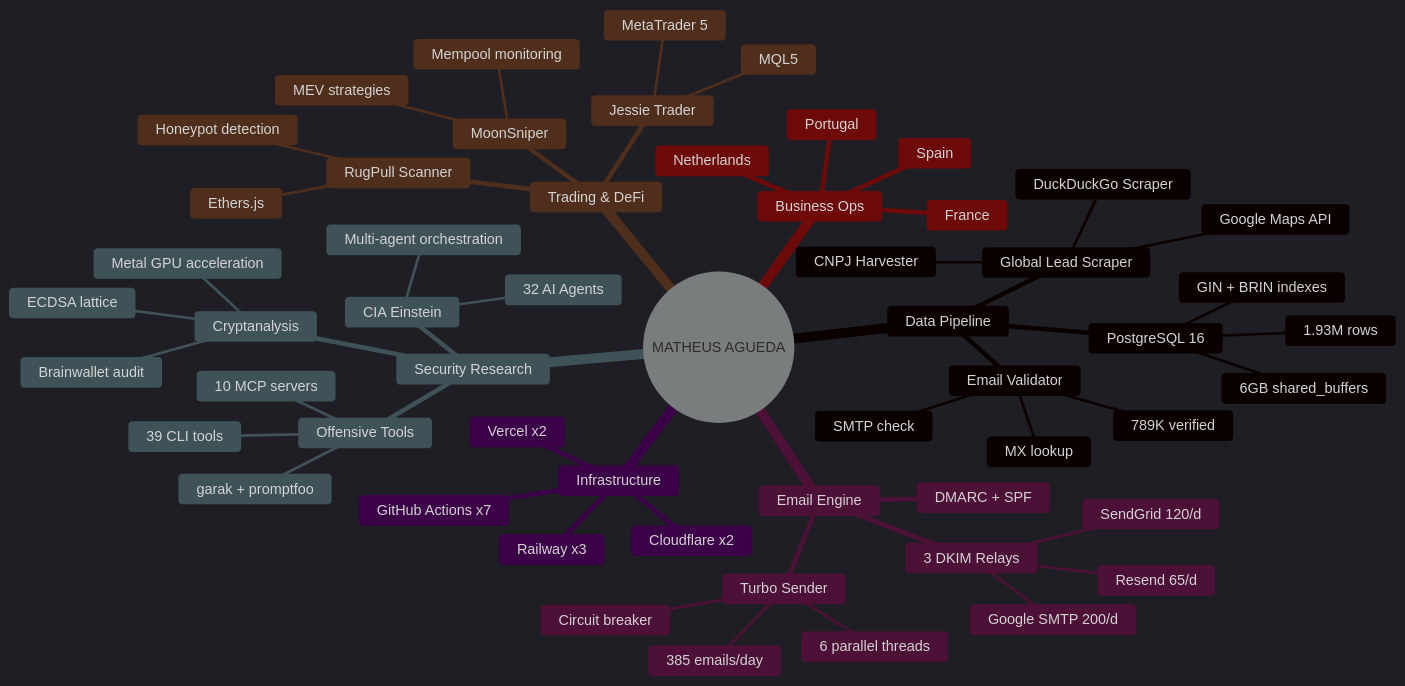
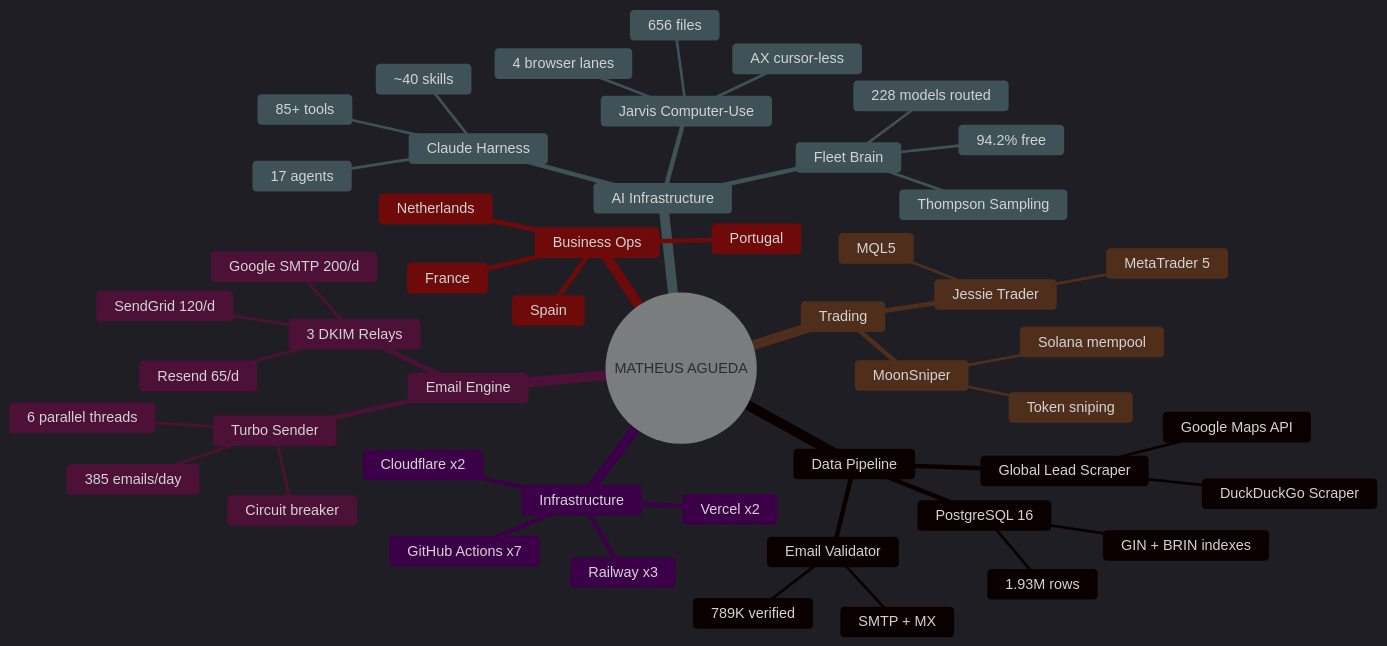
Before and after one commit to MatheusAgueda/MatheusAgueda: diagram 13 of 15 in README.md, drawn with Mermaid. The commit also changed other lines of this file, not shown here.

First line of the commit message:
feat: redesign profile — remove CIA/security, add Fleet Brain, update stats to 2026

````diff
--- a/README.md
+++ b/README.md
@@ -2073,61 +1891,55 @@
 ```mermaid
 %%{init: {'theme': 'dark'}}%%
 
 mindmap
   root((MATHEUS AGUEDA))
     Data Pipeline
       Global Lead Scraper
         Google Maps API
         DuckDuckGo Scraper
-        CNPJ Harvester
       Email Validator
         789K verified
-        SMTP check
-        MX lookup
+        SMTP + MX
       PostgreSQL 16
         1.93M rows
         GIN + BRIN indexes
-        6GB shared_buffers
     Email Engine
       Turbo Sender
         6 parallel threads
         Circuit breaker
         385 emails/day
       3 DKIM Relays
         Resend 65/d
         SendGrid 120/d
         Google SMTP 200/d
-      DMARC + SPF
-    Security Research
-      CIA Einstein
-        32 AI Agents
-        Multi-agent orchestration
-      Cryptanalysis
-        ECDSA lattice
-        Metal GPU acceleration
-        Brainwallet audit
-      Offensive Tools
-        39 CLI tools
-        10 MCP servers
-        garak + promptfoo
-    Trading & DeFi
+    AI Infrastructure
+      Fleet Brain
+        228 models routed
+        Thompson Sampling
+        94.2% free
+      Claude Harness
+        17 agents
+        85+ tools
+        ~40 skills
+      Jarvis Computer-Use
+        656 files
+        4 browser lanes
+        AX cursor-less
+    Trading
       Jessie Trader
         MQL5
         MetaTrader 5
-      RugPull Scanner
-        Honeypot detection
-        Ethers.js
       MoonSniper
-        Mempool monitoring
-        MEV strategies
+        Solana mempool
+        Token sniping
     Business Ops
       Portugal
       France
       Netherlands
       Spain
     Infrastructure
       Railway x3
       Vercel x2
       Cloudflare x2
       GitHub Actions x7
 ```
````
